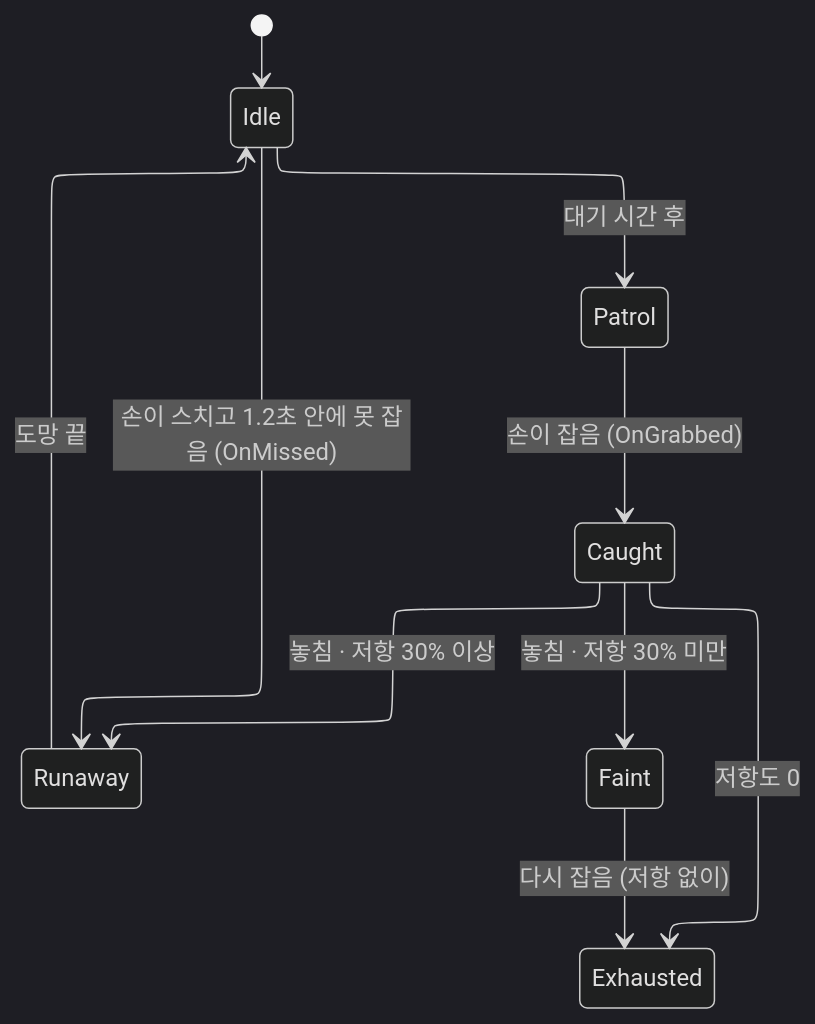
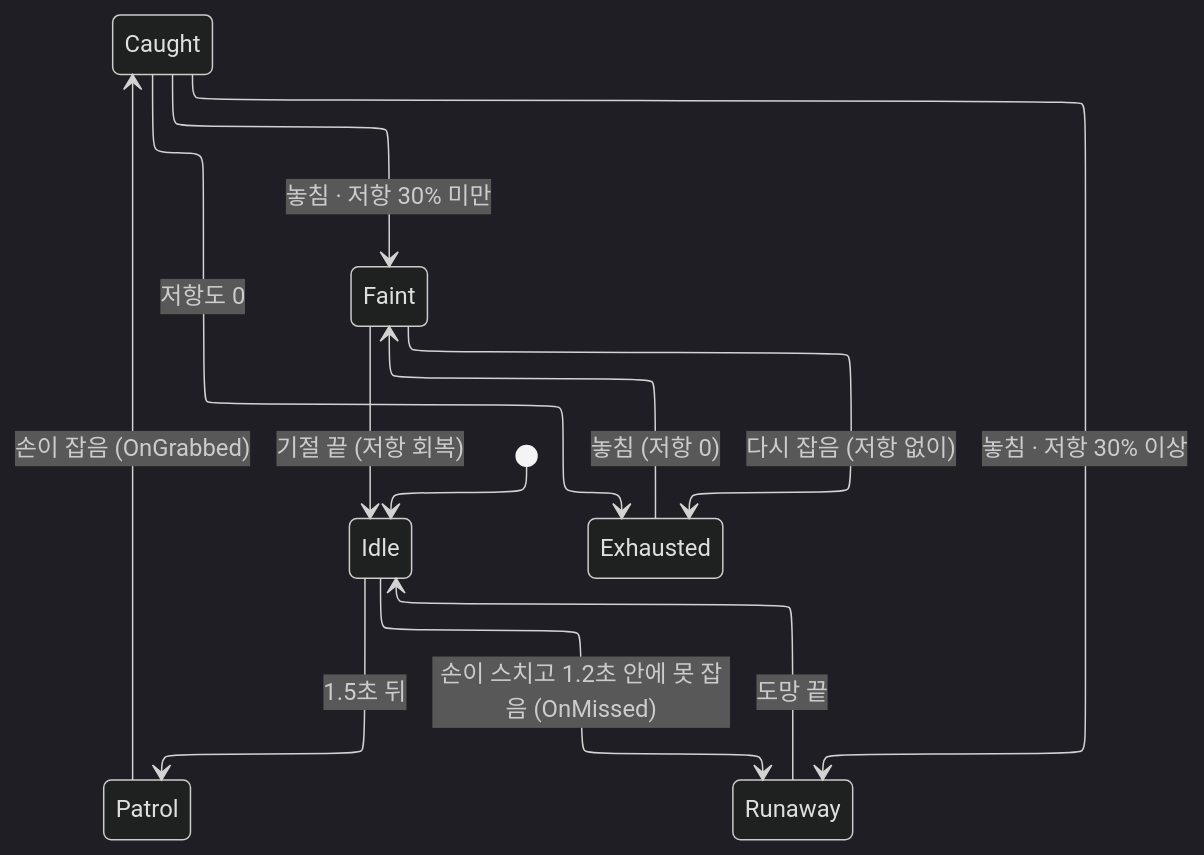
Before and after one commit to pinkshield/portfolio: the fourth of 6 diagrams in src/2-teamproject-hs/기술문서.md, drawn with Mermaid (dark theme). The commit also changed other lines of this file and 2 other files, not shown here.

````diff
--- a/src/2-teamproject-hs/기술문서.md
+++ b/src/2-teamproject-hs/기술문서.md
@@ -247,13 +284,15 @@
 ```mermaid
 %%{init: {"layout": "elk"}}%%
 stateDiagram-v2
     [*] --> Idle
-    Idle --> Patrol : 대기 시간 후
+    Idle --> Patrol : 1.5초 뒤
     Patrol --> Caught : 손이 잡음 (OnGrabbed)
     Idle --> Runaway : 손이 스치고 1.2초 안에 못 잡음 (OnMissed)
     Caught --> Exhausted : 저항도 0
     Caught --> Faint : 놓침 · 저항 30% 미만
     Caught --> Runaway : 놓침 · 저항 30% 이상
+    Exhausted --> Faint : 놓침 (저항 0)
     Faint --> Exhausted : 다시 잡음 (저항 없이)
+    Faint --> Idle : 기절 끝 (저항 회복)
     Runaway --> Idle : 도망 끝
 ```
````
